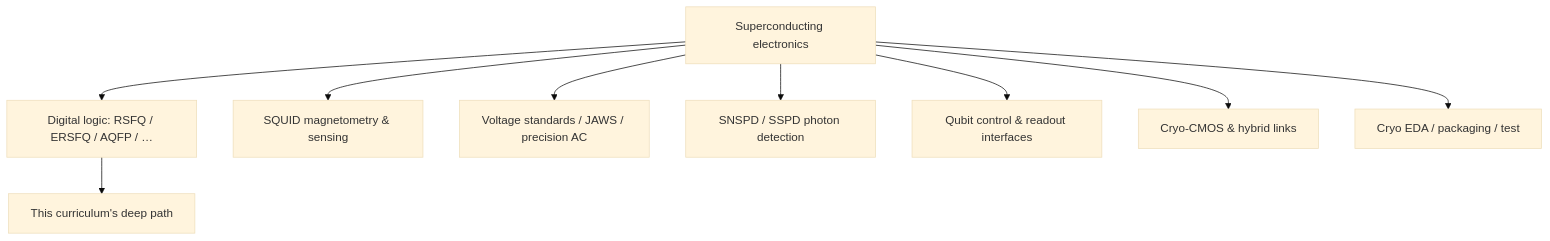
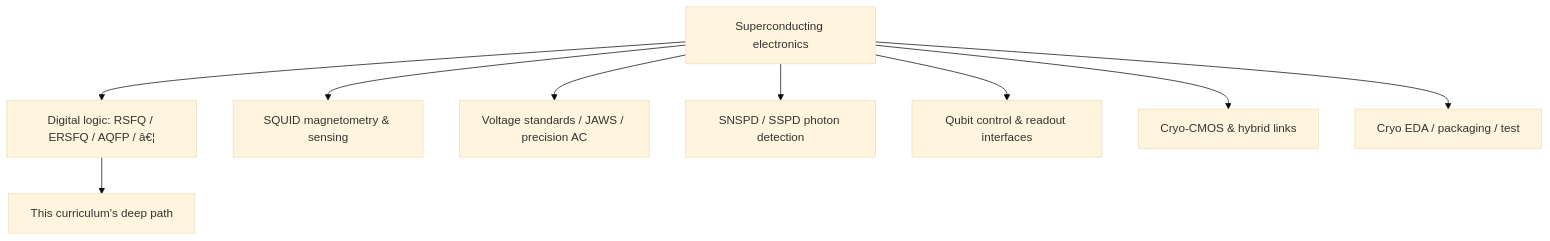
The diagram in docs/fundamentals/superconducting-electronics-landscape.md (Single-Flux-Quantum/sfq-learn-public), drawn with Mermaid (base theme) before and after one commit. The commit also changed other lines of this file and 41 other files, not shown here.

````diff
--- a/docs/fundamentals/superconducting-electronics-landscape.md
+++ b/docs/fundamentals/superconducting-electronics-landscape.md
@@ -42,12 +42,12 @@
 ```mermaid
 flowchart TD
   Root[Superconducting electronics]
-  Root --> Dig[Digital logic: RSFQ / ERSFQ / AQFP / …]
+  Root --> Dig[Digital logic: RSFQ / ERSFQ / AQFP / â€¦]
   Root --> Sense[SQUID magnetometry & sensing]
   Root --> Met[Voltage standards / JAWS / precision AC]
   Root --> Det[SNSPD / SSPD photon detection]
   Root --> Q[Qubit control & readout interfaces]
   Root --> Hyb[Cryo-CMOS & hybrid links]
   Root --> EDA[Cryo EDA / packaging / test]
   Dig --> Focus[This curriculum's deep path]
 ```
````
